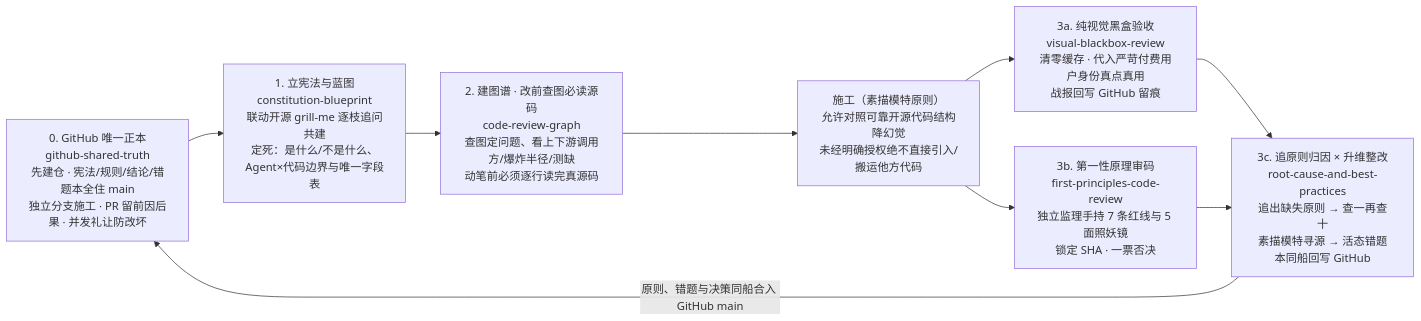
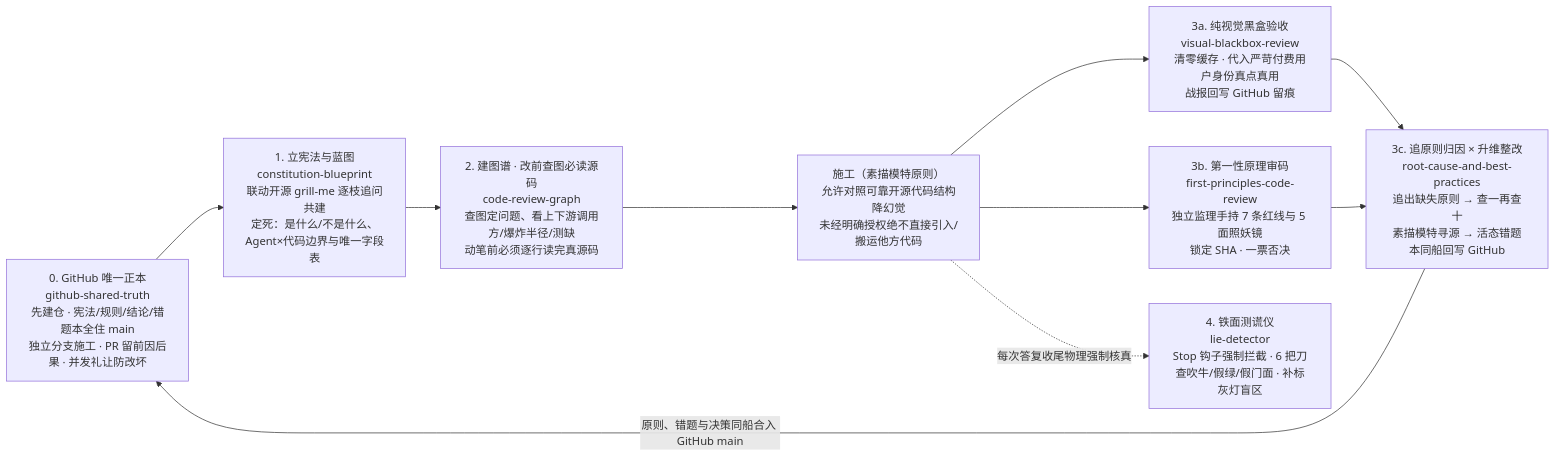
One commit to zhaokoala340/koala-code-steward changed the diagram in README.md. Above: the diagram before and after it, drawn with Mermaid. The commit also changed other lines of this file and 7 other files, not shown here.

First line of the commit message:
feat(skills): add lie-detector skill with dual-platform Stop hook (8 skills total)

````diff
--- a/README.md
+++ b/README.md
@@ -22,11 +22,12 @@
 ```mermaid
 flowchart LR
     GH["0. GitHub 唯一正本<br/>github-shared-truth<br/>先建仓 · 宪法/规则/结论/错题本全住 main<br/>独立分支施工 · PR 留前因后果 · 并发礼让防改坏"] --> P1["1. 立宪法与蓝图<br/>constitution-blueprint<br/>联动开源 grill-me 逐枝追问共建<br/>定死：是什么/不是什么、Agent×代码边界与唯一字段表"]
     P1 --> G1["2. 建图谱 · 改前查图必读源码<br/>code-review-graph<br/>查图定问题、看上下游调用方/爆炸半径/测缺<br/>动笔前必须逐行读完真源码"]
     G1 --> BUILD["施工（素描模特原则）<br/>允许对照可靠开源代码结构降幻觉<br/>未经明确授权绝不直接引入/搬运他方代码"]
     BUILD --> P2A["3a. 纯视觉黑盒验收<br/>visual-blackbox-review<br/>清零缓存 · 代入严苛付费用户身份真点真用<br/>战报回写 GitHub 留痕"]
     BUILD --> P2B["3b. 第一性原理审码<br/>first-principles-code-review<br/>独立监理手持 7 条红线与 5 面照妖镜<br/>锁定 SHA · 一票否决"]
     P2A --> P2C["3c. 追原则归因 × 升维整改<br/>root-cause-and-best-practices<br/>追出缺失原则 → 查一再查十<br/>素描模特寻源 → 活态错题本同船回写 GitHub"]
     P2B --> P2C
     P2C -->|"原则、错题与决策同船合入 GitHub main"| GH
+    BUILD -.->|"每次答复收尾物理强制核真"| LD["4. 铁面测谎仪<br/>lie-detector<br/>Stop 钩子强制拦截 · 6 把刀查吹牛/假绿/假门面 · 补标灰灯盲区"]
 ```
````
